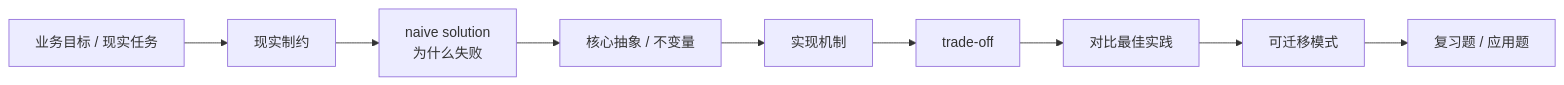
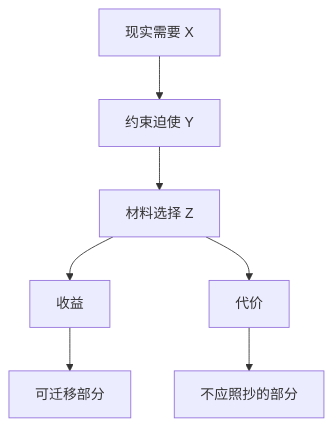
The third of 4 diagrams in README.md (hedon954/daedalus), drawn with Mermaid before and after one commit. The commit also changed other lines of this file and 1 other file, not shown here.

````diff
--- a/README.md
+++ b/README.md
@@ -83,11 +85,9 @@
 ```mermaid
-flowchart LR
-    Business["业务目标 / 现实任务"] --> Constraints["现实制约"]
-    Constraints --> Naive["naive solution<br/>为什么失败"]
-    Naive --> Invariants["核心抽象 / 不变量"]
-    Invariants --> Mechanism["实现机制"]
-    Mechanism --> Tradeoff["trade-off"]
-    Tradeoff --> Practice["对比最佳实践"]
-    Practice --> Pattern["可迁移模式"]
-    Pattern --> Review["复习题 / 应用题"]
+flowchart TD
+    Reality["现实需要 X"] --> Constraints["约束迫使 Y"]
+    Constraints --> Choice["材料选择 Z"]
+    Choice --> Benefit["收益"]
+    Choice --> Cost["代价"]
+    Benefit --> Transfer["可迁移部分"]
+    Cost --> Boundary["不应照抄的部分"]
 ```
````
